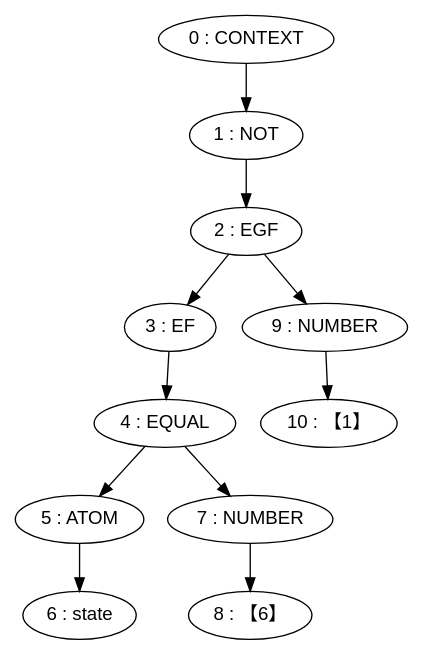
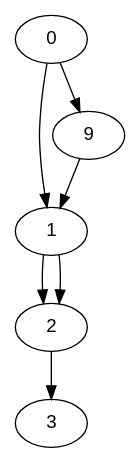
The diagram in nusmv/spec.dot (wlmnzf/NuSMV-GCTL), drawn with Graphviz before and after one commit. The commit also changed 369 other files, not shown here.

```diff
--- a/nusmv/spec.dot
+++ b/nusmv/spec.dot
@@ -1,13 +1,10 @@
 digraph Tree {
     node [fontname="Arial"];
-   "0 : CONTEXT" -> "1 : NOT";
-   "1 : NOT" -> "2 : EGF";
-   "2 : EGF" -> "3 : EF";
-   "3 : EF" -> "4 : EQUAL";
-   "4 : EQUAL" -> "5 : ATOM";
-   "5 : ATOM" -> "6 : state";
-   "4 : EQUAL" -> "7 : NUMBER";
-   "7 : NUMBER" -> "8 : 【6】";
-   "2 : EGF" -> "9 : NUMBER";
-   "9 : NUMBER" -> "10 : 【1】";
+   "0" -> "1";
+   "1" -> "2";
+   "2" -> "3";
+   "0" -> "9";
+   "9" -> "1";
+    "1" -> "2";
+
 }
```
